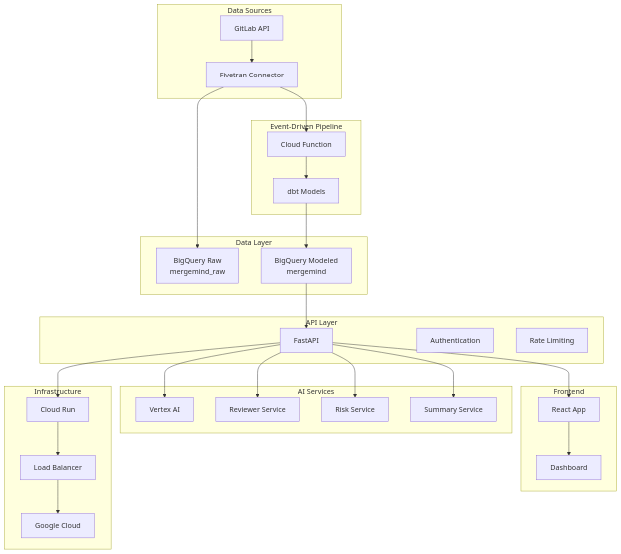
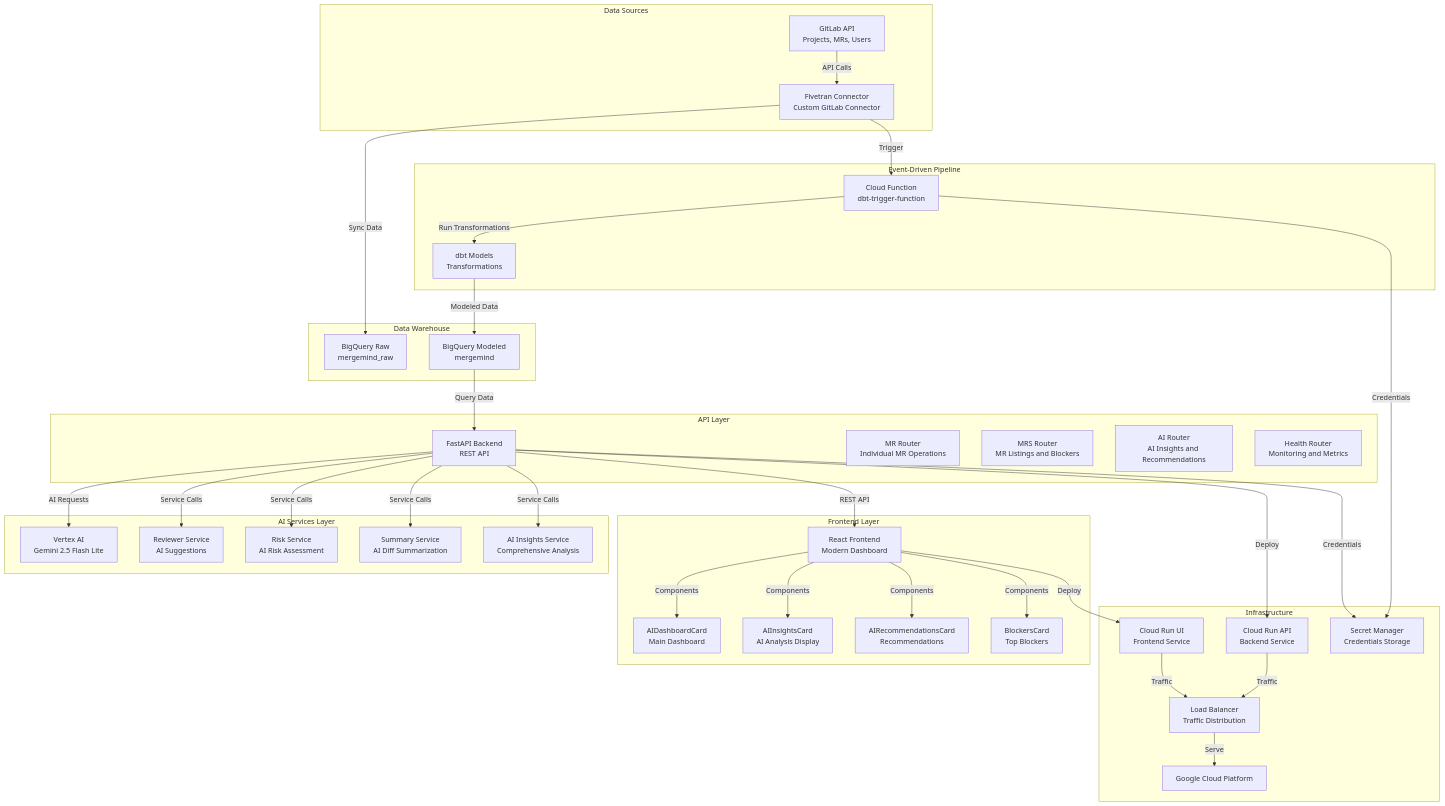
One commit to prabhakaran-jm/mergemind changed the diagram in README.md. Above: the diagram before and after it, drawn with Mermaid. The commit also changed other lines of this file and 17 other files, not shown here.

Commit message:
Fix Mermaid diagram syntax and update environment URLs

````diff
--- a/README.md
+++ b/README.md
@@ -120,57 +129,82 @@
 ```mermaid
 graph TB
     subgraph "Data Sources"
-        GL[GitLab API]
-        FV[Fivetran Connector]
+        GL[GitLab API<br/>Projects, MRs, Users]
+        FV[Fivetran Connector<br/>Custom GitLab Connector]
     end
     
     subgraph "Event-Driven Pipeline"
-        CF[Cloud Function]
-        dbt[dbt Models]
+        CF[Cloud Function<br/>dbt-trigger-function]
+        dbt[dbt Models<br/>Transformations]
     end
     
-    subgraph "Data Layer"
+    subgraph "Data Warehouse"
         BQ_RAW[BigQuery Raw<br/>mergemind_raw]
         BQ_MODELED[BigQuery Modeled<br/>mergemind]
     end
     
-    subgraph "AI Services"
-        VAI[Vertex AI]
-        RS[Reviewer Service]
-        RISK[Risk Service]
-        SUM[Summary Service]
+    subgraph "AI Services Layer"
+        VAI[Vertex AI<br/>Gemini 2.5 Flash Lite]
+        RS[Reviewer Service<br/>AI Suggestions]
+        RISK[Risk Service<br/>AI Risk Assessment]
+        SUM[Summary Service<br/>AI Diff Summarization]
+        INSIGHTS[AI Insights Service<br/>Comprehensive Analysis]
     end
     
     subgraph "API Layer"
-        API[FastAPI]
-        AUTH[Authentication]
-        RATE[Rate Limiting]
+        API[FastAPI Backend<br/>REST API]
+        MR_ROUTER[MR Router<br/>Individual MR Operations]
+        MRS_ROUTER[MRS Router<br/>MR Listings and Blockers]
+        AI_ROUTER[AI Router<br/>AI Insights and Recommendations]
+        HEALTH[Health Router<br/>Monitoring and Metrics]
     end
     
-    subgraph "Frontend"
-        UI[React App]
-        DASH[Dashboard]
+    subgraph "Frontend Layer"
+        UI[React Frontend<br/>Modern Dashboard]
+        DASH[AIDashboardCard<br/>Main Dashboard]
+        INSIGHTS_UI[AIInsightsCard<br/>AI Analysis Display]
+        RECS[AIRecommendationsCard<br/>Recommendations]
+        BLOCKERS[BlockersCard<br/>Top Blockers]
     end
     
     subgraph "Infrastructure"
-        GCP[Google Cloud]
-        RUN[Cloud Run]
-        LB[Load Balancer]
+        GCP[Google Cloud Platform]
+        RUN_API[Cloud Run API<br/>Backend Service]
+        RUN_UI[Cloud Run UI<br/>Frontend Service]
+        LB[Load Balancer<br/>Traffic Distribution]
+        SECRETS[Secret Manager<br/>Credentials Storage]
     end
     
-    GL --> FV
-    FV --> BQ_RAW
-    FV --> CF
-    CF --> dbt
-    dbt --> BQ_MODELED
-    BQ_MODELED --> API
-    API --> VAI
-    API --> RS
-    API --> RISK
-    API --> SUM
-    API --> UI
-    UI --> DASH
-    API --> RUN
-    RUN --> LB
-    LB --> GCP
+    %% Data Flow
+    GL -->|API Calls| FV
+    FV -->|Sync Data| BQ_RAW
+    FV -->|Trigger| CF
+    CF -->|Run Transformations| dbt
+    dbt -->|Modeled Data| BQ_MODELED
+    
+    %% API Data Flow
+    BQ_MODELED -->|Query Data| API
+    API -->|AI Requests| VAI
+    API -->|Service Calls| RS
+    API -->|Service Calls| RISK
+    API -->|Service Calls| SUM
+    API -->|Service Calls| INSIGHTS
+    
+    %% Frontend Flow
+    API -->|REST API| UI
+    UI -->|Components| DASH
+    UI -->|Components| INSIGHTS_UI
+    UI -->|Components| RECS
+    UI -->|Components| BLOCKERS
+    
+    %% Infrastructure
+    API -->|Deploy| RUN_API
+    UI -->|Deploy| RUN_UI
+    RUN_API -->|Traffic| LB
+    RUN_UI -->|Traffic| LB
+    LB -->|Serve| GCP
+    
+    %% Security
+    API -->|Credentials| SECRETS
+    CF -->|Credentials| SECRETS
 ```
````
